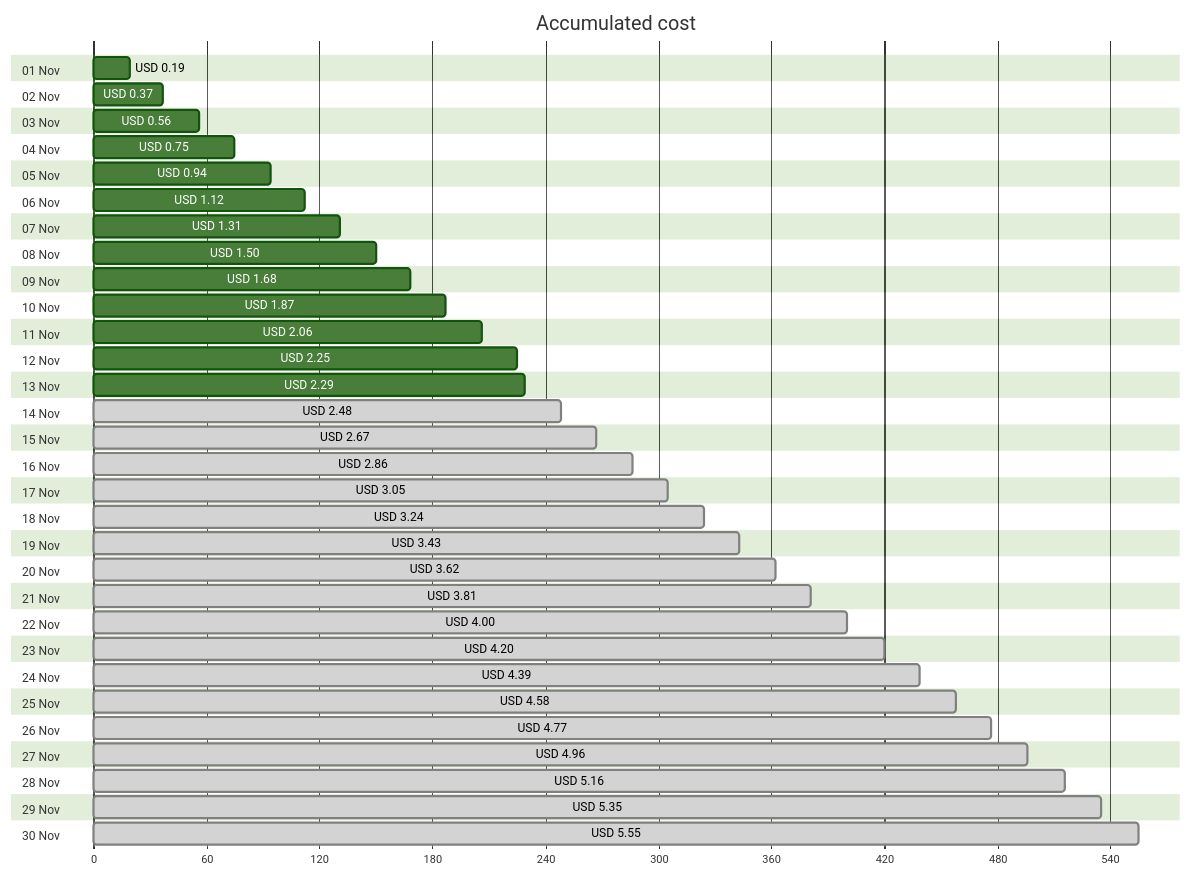
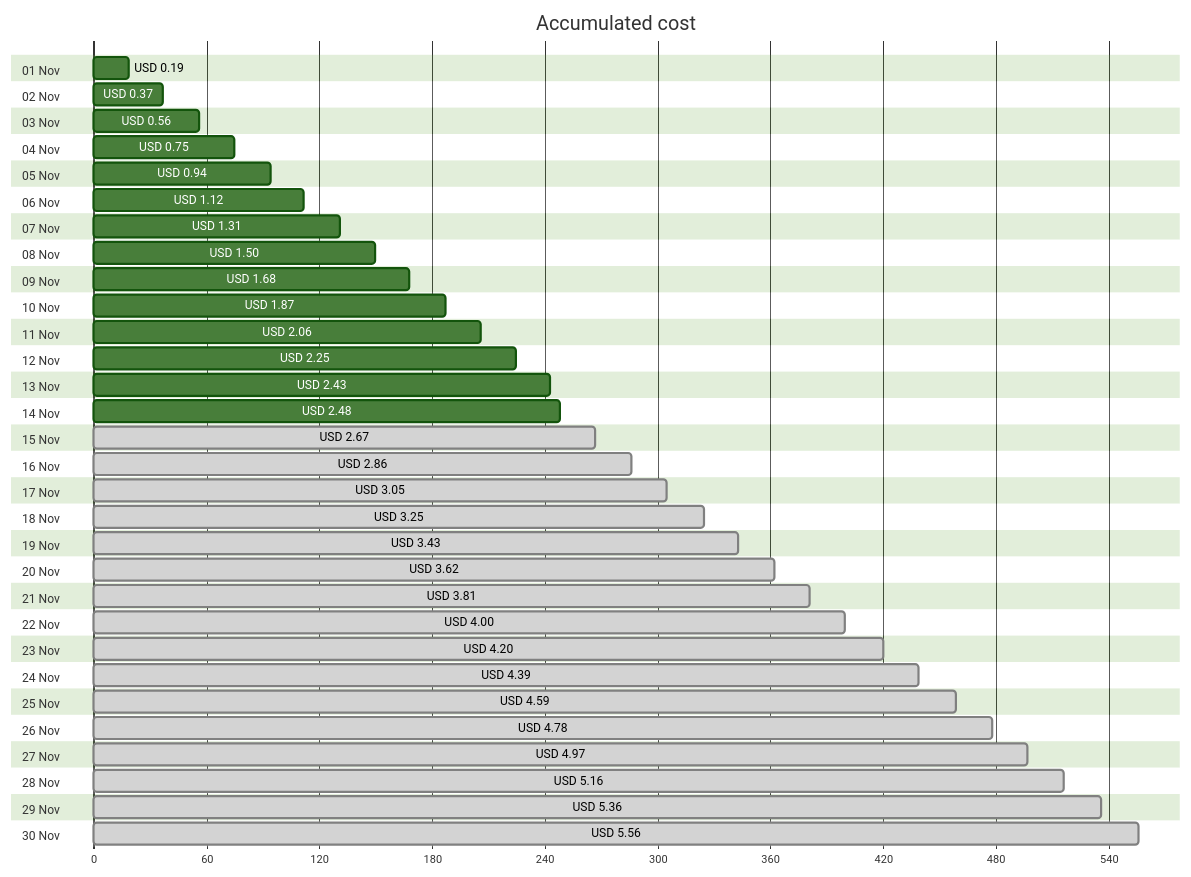
Before and after one commit to jpfulton/azure-personal-reports: the first of 4 diagrams in cost-reports/personal-network/backup-server.md, drawn with Mermaid (forest theme). The commit also changed other lines of this file and 8 other files, not shown here.

````diff
--- a/cost-reports/personal-network/backup-server.md
+++ b/cost-reports/personal-network/backup-server.md
@@ -20,66 +20,66 @@
 ```mermaid
 gantt
    title Accumulated cost
    dateFormat  X
    axisFormat %s
    section 01 Nov
    USD 0.19 :0, 19
    section 02 Nov
    USD 0.37 :0, 37
    section 03 Nov
    USD 0.56 :0, 56
    section 04 Nov
    USD 0.75 :0, 75
    section 05 Nov
    USD 0.94 :0, 94
    section 06 Nov
    USD 1.12 :0, 112
    section 07 Nov
    USD 1.31 :0, 131
    section 08 Nov
    USD 1.50 :0, 150
    section 09 Nov
    USD 1.68 :0, 168
    section 10 Nov
    USD 1.87 :0, 187
    section 11 Nov
    USD 2.06 :0, 206
    section 12 Nov
    USD 2.25 :0, 225
    section 13 Nov
-   USD 2.29 :0, 229
+   USD 2.43 :0, 243
    section 14 Nov
-   USD 2.48 : done, 0, 248
+   USD 2.48 :0, 248
    section 15 Nov
    USD 2.67 : done, 0, 267
    section 16 Nov
    USD 2.86 : done, 0, 286
    section 17 Nov
    USD 3.05 : done, 0, 305
    section 18 Nov
-   USD 3.24 : done, 0, 324
+   USD 3.25 : done, 0, 325
    section 19 Nov
    USD 3.43 : done, 0, 343
    section 20 Nov
    USD 3.62 : done, 0, 362
    section 21 Nov
    USD 3.81 : done, 0, 381
    section 22 Nov
    USD 4.00 : done, 0, 400
    section 23 Nov
    USD 4.20 : done, 0, 420
    section 24 Nov
    USD 4.39 : done, 0, 439
    section 25 Nov
-   USD 4.58 : done, 0, 458
+   USD 4.59 : done, 0, 459
    section 26 Nov
-   USD 4.77 : done, 0, 477
+   USD 4.78 : done, 0, 478
    section 27 Nov
-   USD 4.96 : done, 0, 496
+   USD 4.97 : done, 0, 497
    section 28 Nov
    USD 5.16 : done, 0, 516
    section 29 Nov
-   USD 5.35 : done, 0, 535
+   USD 5.36 : done, 0, 536
    section 30 Nov
-   USD 5.55 : done, 0, 555
+   USD 5.56 : done, 0, 556
 ```
````
